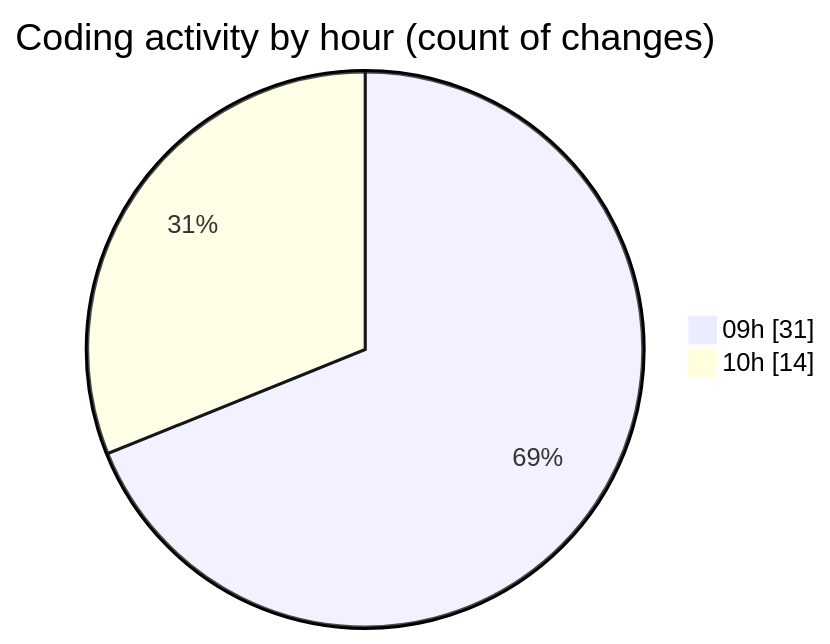
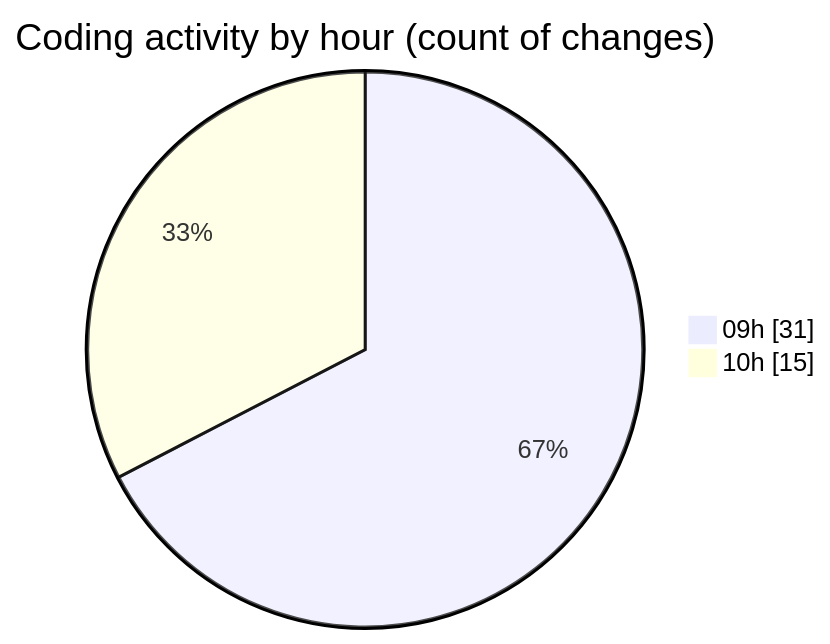
The second of 2 diagrams in 2025-03-05/termonied_testador/README.md (robertbonfada/code-tracking), drawn with Mermaid before and after one commit. The commit also changed other lines of this file and 1 other file, not shown here.

````diff
--- a/2025-03-05/termonied_testador/README.md
+++ b/2025-03-05/termonied_testador/README.md
@@ -35,6 +35,6 @@
 ```mermaid
 pie showData
 title Coding activity by hour (count of changes)
 "09h" : 31
-"10h" : 14
+"10h" : 15
 ```
````
